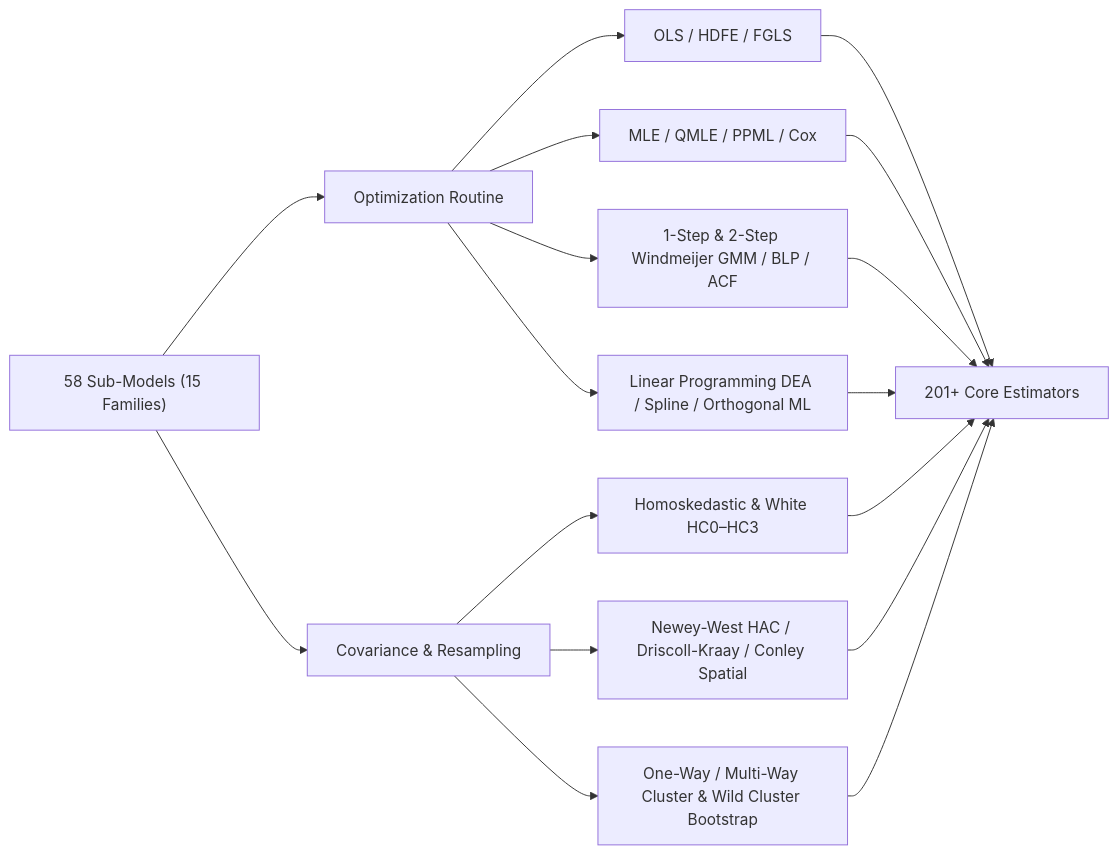
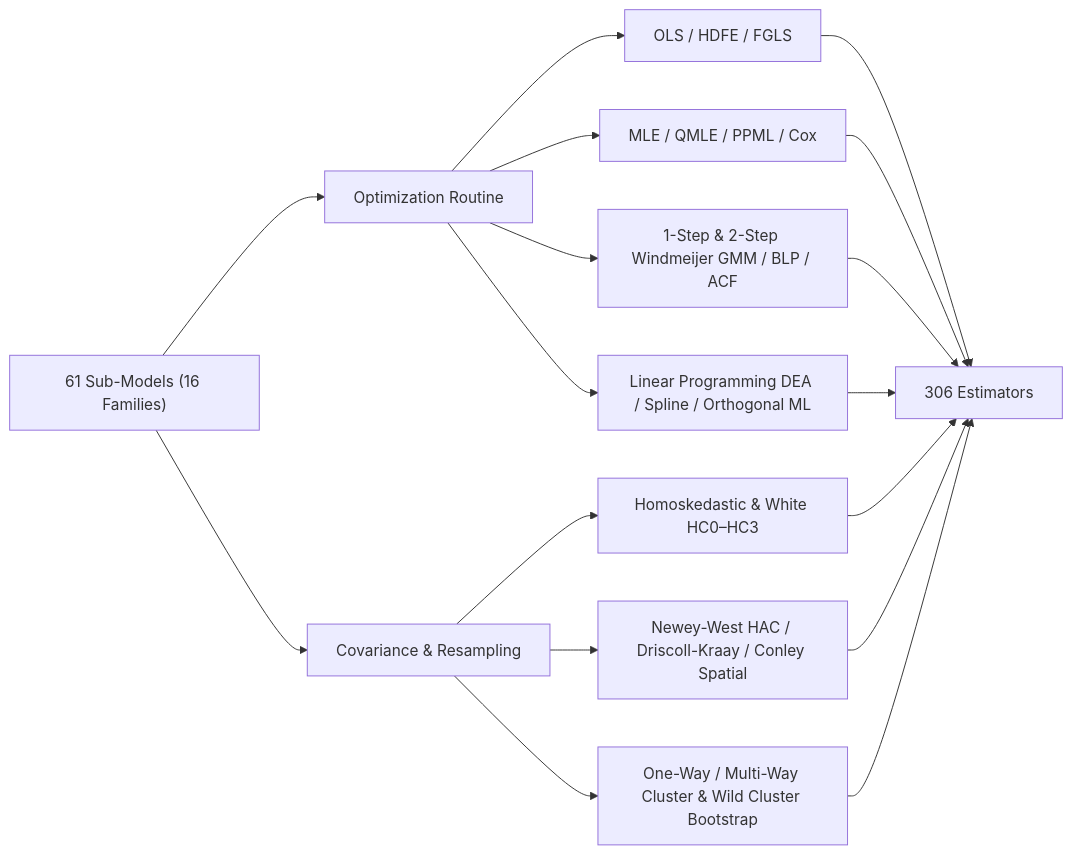
The second of 2 diagrams in i18n/en/docusaurus-plugin-content-docs/current/ecolab/model/group.md (vietlod/docs), drawn with Mermaid before and after one commit. The commit also changed other lines of this file and 349 other files, not shown here.

````diff
--- a/i18n/en/docusaurus-plugin-content-docs/current/ecolab/model/group.md
+++ b/i18n/en/docusaurus-plugin-content-docs/current/ecolab/model/group.md
@@ -77,19 +78,19 @@
 ```mermaid
 flowchart LR
-    M["58 Sub-Models (15 Families)"] --> O["Optimization Routine"]
+    M["61 Sub-Models (16 Families)"] --> O["Optimization Routine"]
     M --> S["Covariance & Resampling"]
     O --> O1["OLS / HDFE / FGLS"]
     O --> O2["MLE / QMLE / PPML / Cox"]
     O --> O3["1-Step & 2-Step Windmeijer GMM / BLP / ACF"]
     O --> O4["Linear Programming DEA / Spline / Orthogonal ML"]
     S --> S1["Homoskedastic & White HC0–HC3"]
     S --> S2["Newey-West HAC / Driscoll-Kraay / Conley Spatial"]
     S --> S3["One-Way / Multi-Way Cluster & Wild Cluster Bootstrap"]
-    O1 --> R["201+ Core Estimators"]
+    O1 --> R["306 Estimators"]
     O2 --> R
     O3 --> R
     O4 --> R
     S1 --> R
     S2 --> R
     S3 --> R
 ```
````
